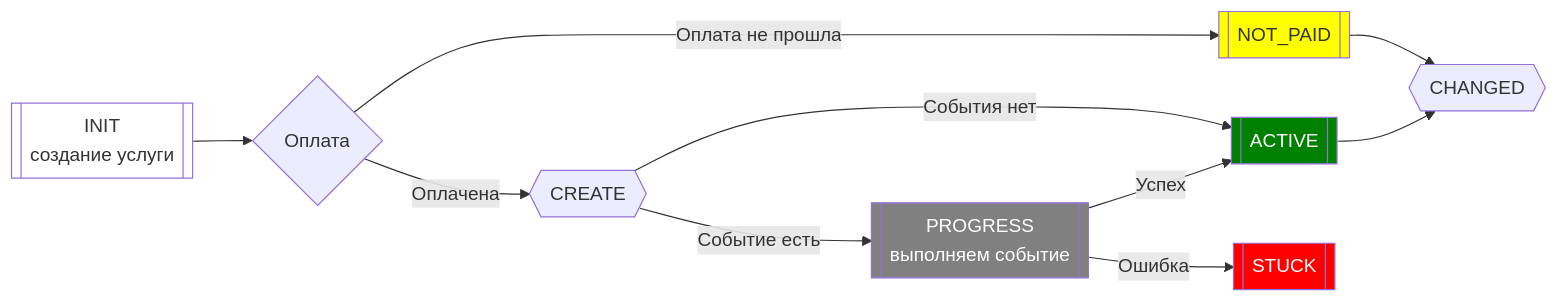
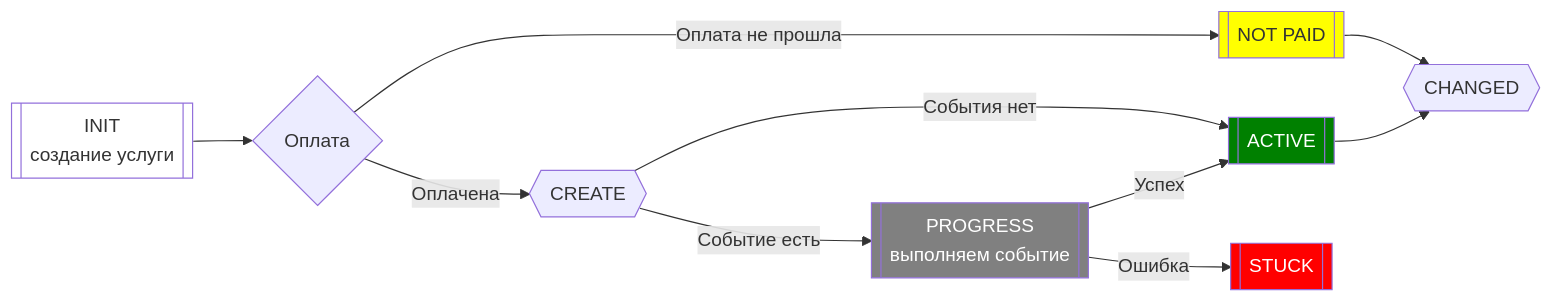
Before and after one commit to danuk/shm-docs: the first of 3 diagrams in content/ru/docs/setup/services/events.md, drawn with Mermaid. The commit also changed other lines of this file, not shown here.

Commit message:
dnk: fixup status NOT PAID

````diff
--- a/content/ru/docs/setup/services/events.md
+++ b/content/ru/docs/setup/services/events.md
@@ -26,16 +26,16 @@
 ```mermaid
 flowchart LR
     classDef white fill:white
     classDef green fill:green,color:#fff
     classDef red fill:red,color:#fff
     classDef gray fill:gray,color:#fff
     classDef yellow fill:yellow
 
     A[[INIT\nсоздание услуги]]:::white --> B{Оплата}
-    B -- Оплата не прошла --> E[[NOT_PAID]]:::yellow --> CH{{CHANGED}}
+    B -- Оплата не прошла --> E[[NOT PAID]]:::yellow --> CH{{CHANGED}}
     B -- Оплачена --> C{{CREATE}}
     C -->|События нет| TS
     C -->|Событие есть|TC[[PROGRESS\nвыполняем событие]]:::gray
     TC -- Успех --> TS[[ACTIVE]]:::green --> CH
     TC -- Ошибка --> TSS[[STUCK]]:::red
 ```
````
